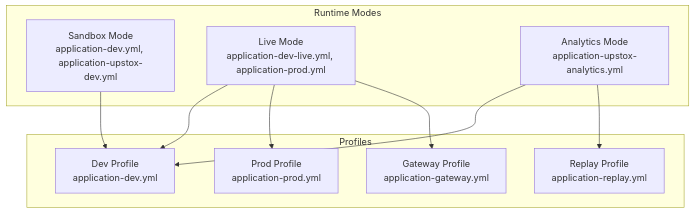
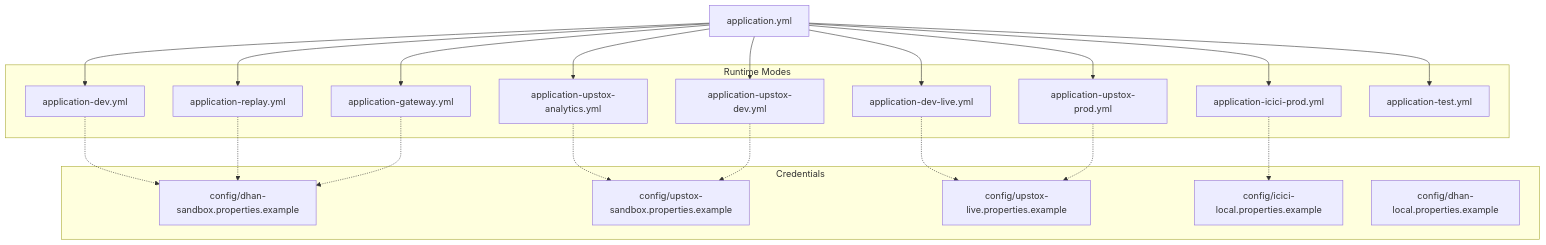
The second of 3 diagrams in .qoder/repowiki/en/content/Getting Started.md (Ganesh-Kusundal/Trade_J), drawn with Mermaid before and after one commit. The commit also changed other lines of this file and 1178 other files, not shown here.

````diff
--- a/.qoder/repowiki/en/content/Getting Started.md
+++ b/.qoder/repowiki/en/content/Getting Started.md
@@ -86,20 +110,38 @@
 ```mermaid
 graph TB
 subgraph "Runtime Modes"
-S["Sandbox Mode<br/>application-dev.yml, application-upstox-dev.yml"]
-L["Live Mode<br/>application-dev-live.yml, application-prod.yml"]
-A["Analytics Mode<br/>application-upstox-analytics.yml"]
+Dev["application-dev.yml"]
+DevLive["application-dev-live.yml"]
+UpstoxAnalytics["application-upstox-analytics.yml"]
+UpstoxDev["application-upstox-dev.yml"]
+UpstoxProd["application-upstox-prod.yml"]
+IciciProd["application-icici-prod.yml"]
+Gateway["application-gateway.yml"]
+Replay["application-replay.yml"]
+Test["application-test.yml"]
 end
-subgraph "Profiles"
-P1["Dev Profile<br/>application-dev.yml"]
-P2["Prod Profile<br/>application-prod.yml"]
-P3["Replay Profile<br/>application-replay.yml"]
-P4["Gateway Profile<br/>application-gateway.yml"]
+Base["application.yml"] --> Dev
+Base --> DevLive
+Base --> UpstoxAnalytics
+Base --> UpstoxDev
+Base --> UpstoxProd
+Base --> IciciProd
+Base --> Gateway
+Base --> Replay
+Base --> Test
+subgraph "Credentials"
+DhanSandbox["config/dhan-sandbox.properties.example"]
+UpstoxSandbox["config/upstox-sandbox.properties.example"]
+UpstoxLive["config/upstox-live.properties.example"]
+IciciLocal["config/icici-local.properties.example"]
+DhanLocal["config/dhan-local.properties.example"]
 end
-S --> P1
-L --> P1
-L --> P2
-A --> P1
-A --> P3
-L --> P4
+Dev -.-> DhanSandbox
+DevLive -.-> UpstoxLive
+UpstoxAnalytics -.-> UpstoxSandbox
+UpstoxDev -.-> UpstoxSandbox
+UpstoxProd -.-> UpstoxLive
+IciciProd -.-> IciciLocal
+Replay -.-> DhanSandbox
+Gateway -.-> DhanSandbox
 ```
````
